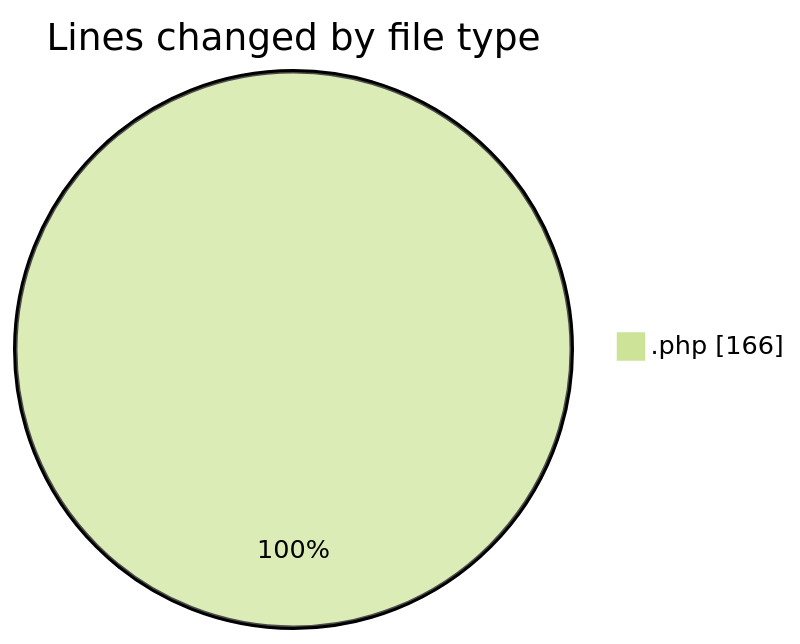
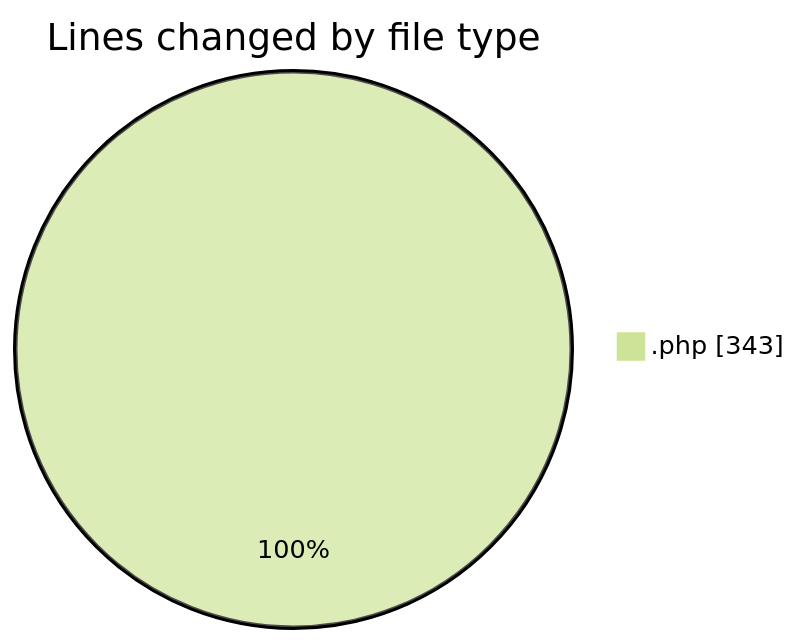
The first of 2 diagrams in 2025-02-17/totem/README.md (LanceThiago/code-tracking), drawn with Mermaid (forest theme) before and after one commit. The commit also changed other lines of this file and 1 other file, not shown here.

````diff
--- a/2025-02-17/totem/README.md
+++ b/2025-02-17/totem/README.md
@@ -20,5 +22,5 @@
 ```mermaid
 pie showData
 title Lines changed by file type
-".php" : 166
+".php" : 343
 ```
````
